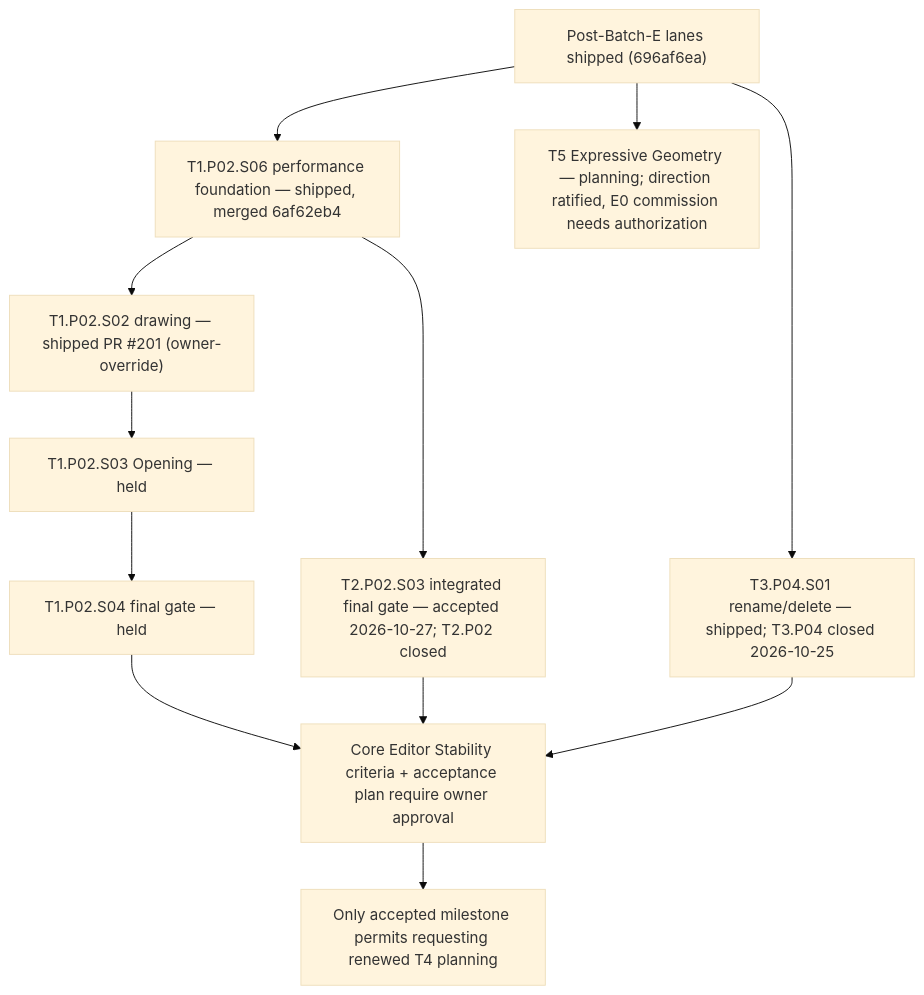
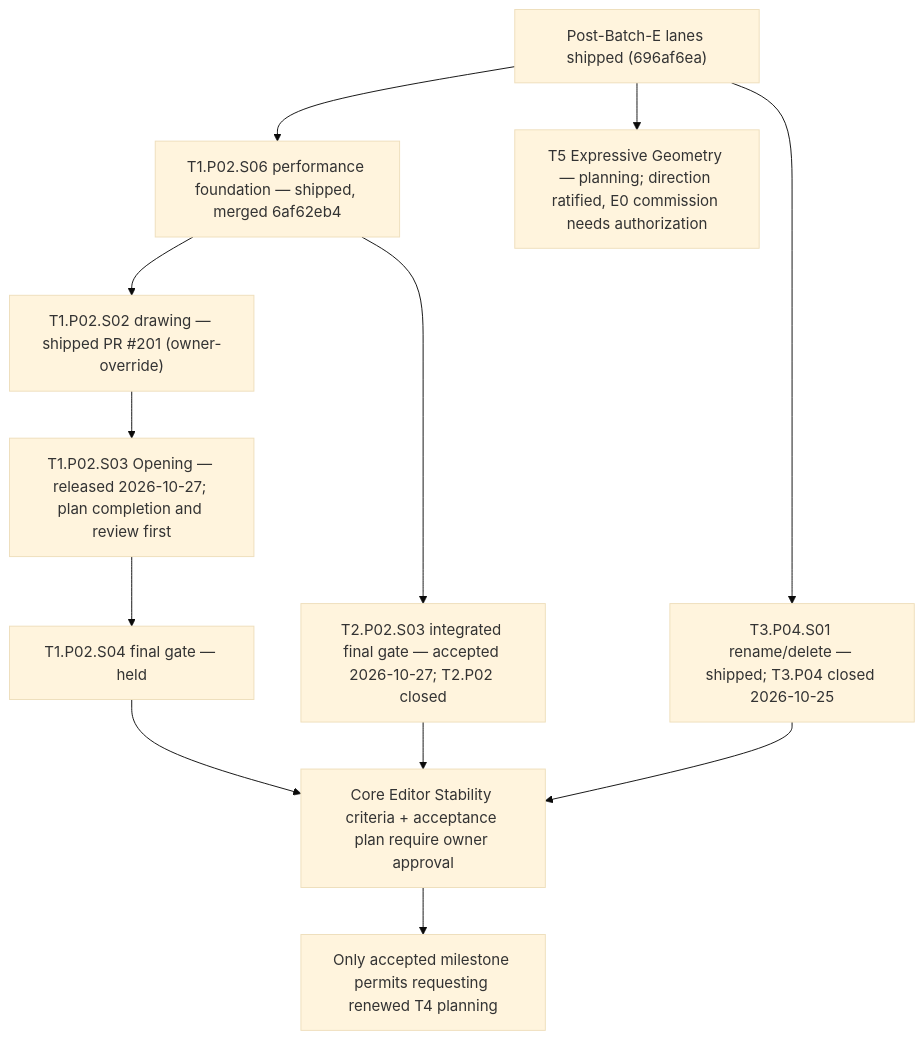
One commit to Biskiq/spatial-sketch-editor changed the diagram in docs/roadmap/cross-track-execution.md. Above: the diagram before and after it, drawn with Mermaid (base theme). The commit also changed other lines of this file and 7 other files, not shown here.

First line of the commit message:
docs(roadmap): release T1.P02.S03 and reconcile the release list

````diff
--- a/docs/roadmap/cross-track-execution.md
+++ b/docs/roadmap/cross-track-execution.md
@@ -84,15 +84,15 @@
 ```mermaid
 flowchart TD
   B["Post-Batch-E lanes shipped (696af6ea)"]
   B --> P["T1.P02.S06 performance foundation — shipped, merged 6af62eb4"]
   P -->  D["T1.P02.S02 drawing — shipped PR #201 (owner-override)"]
-  D --> O["T1.P02.S03 Opening — held"]
+  D --> O["T1.P02.S03 Opening — released 2026-10-27; plan completion and review first"]
   O --> F["T1.P02.S04 final gate — held"]
   P -->  IF["T2.P02.S03 integrated final gate — accepted 2026-10-27; T2.P02 closed"]
   B --> C["T3.P04.S01 rename/delete — shipped; T3.P04 closed 2026-10-25"]
   B --> T5["T5 Expressive Geometry — planning; direction ratified, E0 commission needs authorization"]
   F --> CES["Core Editor Stability criteria + acceptance plan require owner approval"]
   IF --> CES
   C --> CES
   CES --> T4["Only accepted milestone permits requesting renewed T4 planning"]
 ```
````
